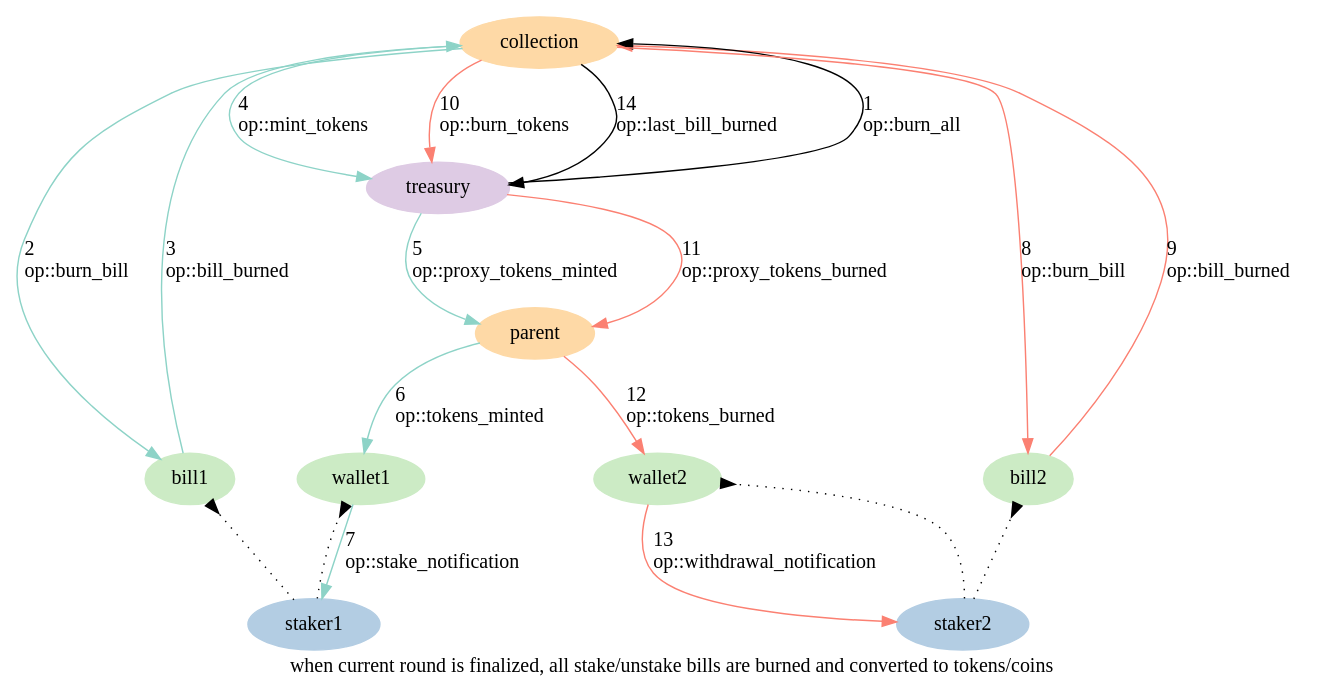
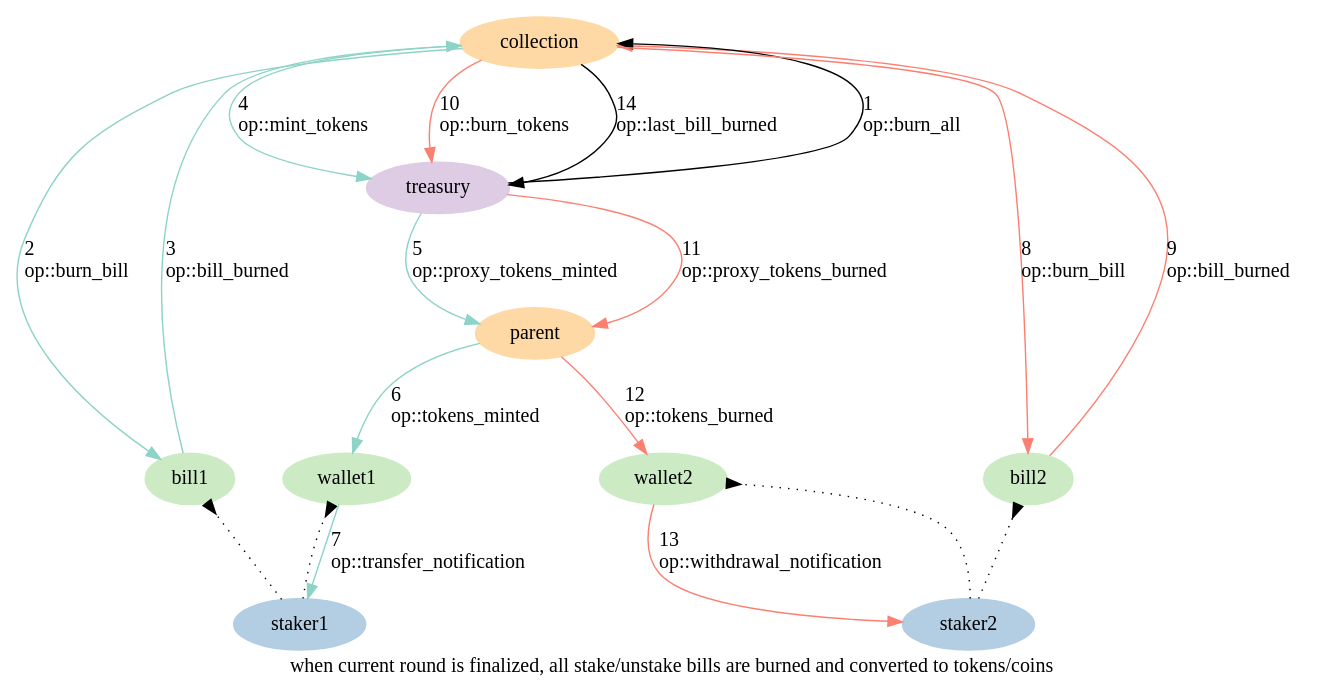
One commit to HipoFinance/contract changed the diagram in graphs/08-finalize-round.dot. Above: the diagram before and after it, drawn with Graphviz. The commit also changed 10 other files, not shown here.

Commit message:
Replace stake_notification with transfer_notification

```diff
--- a/graphs/08-finalize-round.dot
+++ b/graphs/08-finalize-round.dot
@@ -1,37 +1,37 @@
 digraph {
     label="when current round is finalized, all stake/unstake bills are burned and converted to tokens/coins"
     node [ colorscheme=pastel19 style=filled ]
     edge [ colorscheme=set39 ]
 
     /* Entities */
     staker1, staker2 [ color=2 ]
     wallet1, wallet2, bill1, bill2 [ color=3 ]
     treasury [ color=4 ]
     parent, collection [ color=5 ]
 
     /* Relationships */
     staker1 -> wallet1, bill1 [ arrowhead=inv style=dotted ]
     staker2 -> wallet2, bill2 [ arrowhead=inv style=dotted ]
     treasury -> collection [ label="1\l op::burn_all\l" ]
 
     collection -> bill1 [ label="2\l op::burn_bill\l" color=1 ]
     bill1 -> collection [ label="3\l op::bill_burned\l" color=1 ]
     collection -> treasury [ label="4\l op::mint_tokens\l" color=1 ]
     treasury -> parent [ label="5\l op::proxy_tokens_minted\l" color=1 ]
     parent -> wallet1 [ label="6\l op::tokens_minted\l" color=1 ]
-    wallet1 -> staker1 [ label="7\l op::stake_notification\l" color=1 ]
+    wallet1 -> staker1 [ label="7\l op::transfer_notification\l" color=1 ]
 
     collection -> bill2 [ label="8\l op::burn_bill\l" color=4 ]
     bill2 -> collection [ label="9\l op::bill_burned\l" color=4 ]
     collection -> treasury [ label="10\l op::burn_tokens\l" color=4 ]
     treasury -> parent [ label="11\l op::proxy_tokens_burned\l" color=4 ]
     parent -> wallet2 [ label="12\l op::tokens_burned\l" color=4 ]
     wallet2 -> staker2 [ label="13\l op::withdrawal_notification\l" color=4 ]
 
     collection -> treasury [ label="14\l op::last_bill_burned\l" ]
 
     /* Ranks */
     { rank=min collection }
     { rank=same wallet1 wallet2 bill1 bill2 }
     { rank=max staker1 staker2 }
 }
```
